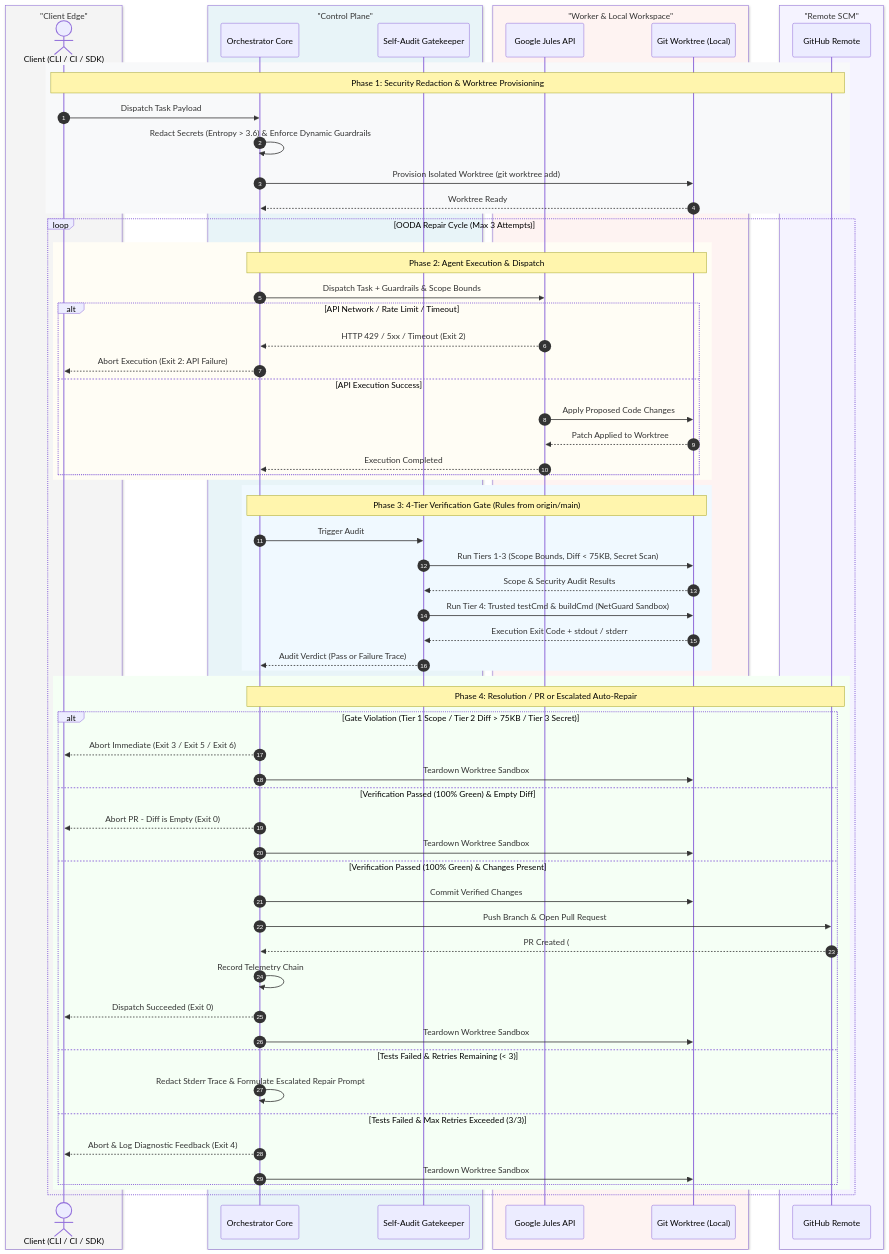
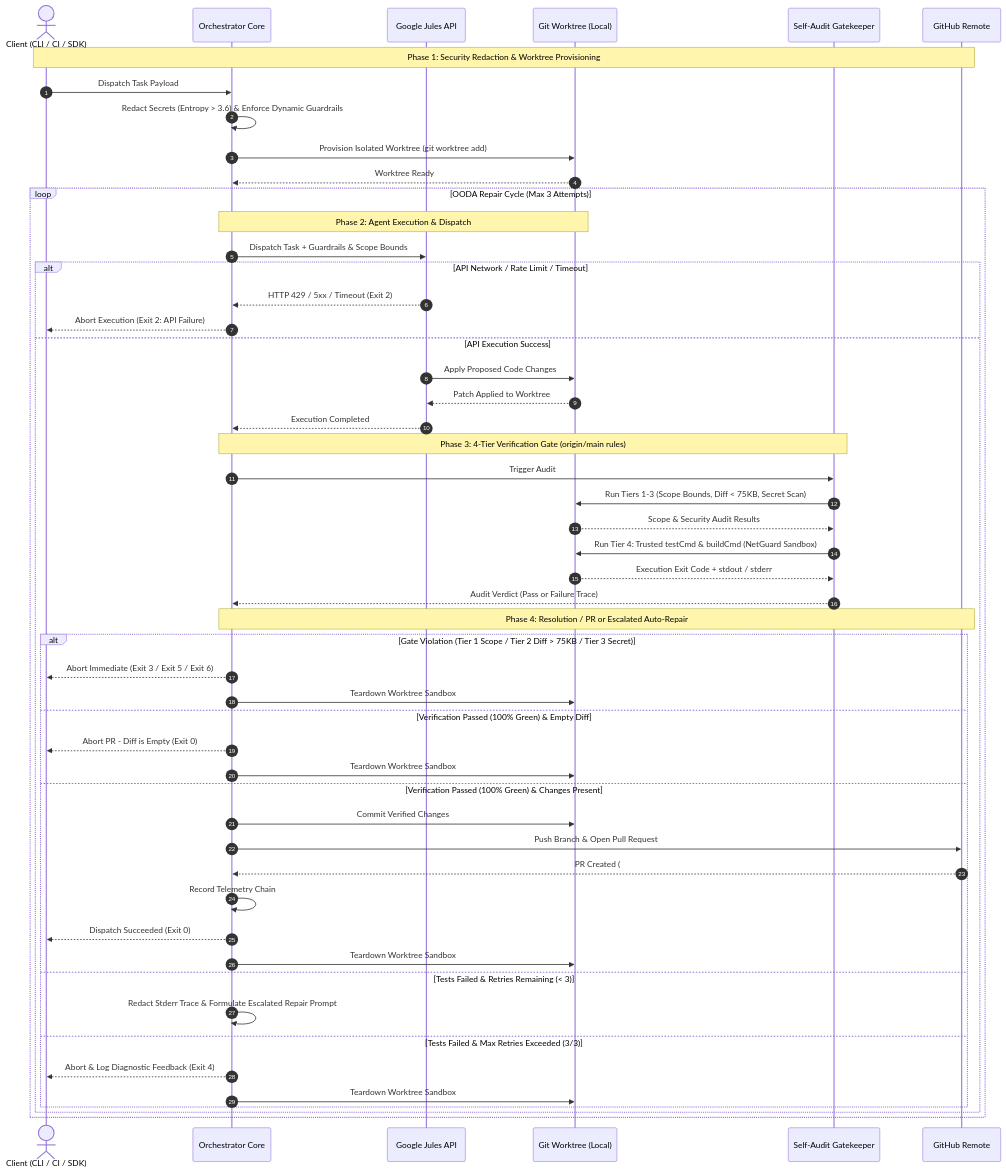
One commit to FullThrottle83/jules-orchestrator-kit changed the diagram in docs/architecture.md. Above: the diagram before and after it, drawn with Mermaid.

Commit message:
fix(docs): strip hardcoded RGB fills in sequence diagram for dark mode contrast

````diff
--- a/docs/architecture.md
+++ b/docs/architecture.md
@@ -9,81 +9,60 @@
 ```mermaid
 sequenceDiagram
     autonumber
     
-    box rgb(244,244,244) "Client Edge"
-        actor Trigger as Client (CLI / CI / SDK)
-    end
-    
-    box rgb(232,244,248) "Control Plane"
-        participant Orc as Orchestrator Core
-        participant Gate as Self-Audit Gatekeeper
-    end
-    
-    box rgb(254,243,242) "Worker & Local Workspace"
-        participant API as Google Jules API
-        participant Tree as Git Worktree (Local)
-    end
+    actor Trigger as Client (CLI / CI / SDK)
+    participant Orc as Orchestrator Core
+    participant API as Google Jules API
+    participant Tree as Git Worktree (Local)
+    participant Gate as Self-Audit Gatekeeper
+    participant Remote as GitHub Remote
 
-    box rgb(245,243,255) "Remote SCM"
-        participant Remote as GitHub Remote
-    end
-
-    %% Phase 1: Security & Provisioning
-    rect rgb(248, 249, 250)
     note over Trigger,Remote: Phase 1: Security Redaction & Worktree Provisioning
     Trigger->>Orc: Dispatch Task Payload
     Orc->>Orc: Redact Secrets (Entropy > 3.6) & Enforce Dynamic Guardrails
     Orc->>Tree: Provision Isolated Worktree (git worktree add)
     Tree-->>Orc: Worktree Ready
-    end
 
-    %% Phase 2-4: OODA Repair Cycle
     loop OODA Repair Cycle (Max 3 Attempts)
-        rect rgb(255, 253, 245)
         note over Orc,Tree: Phase 2: Agent Execution & Dispatch
         Orc->>API: Dispatch Task + Guardrails & Scope Bounds
         
         alt API Network / Rate Limit / Timeout
             API-->>Orc: HTTP 429 / 5xx / Timeout (Exit 2)
             Orc-->>Trigger: Abort Execution (Exit 2: API Failure)
         else API Execution Success
             API->>Tree: Apply Proposed Code Changes
             Tree-->>API: Patch Applied to Worktree
             API-->>Orc: Execution Completed
-        end
-        end
+            
+            note over Orc,Gate: Phase 3: 4-Tier Verification Gate (origin/main rules)
+            Orc->>Gate: Trigger Audit
+            Gate->>Tree: Run Tiers 1-3 (Scope Bounds, Diff < 75KB, Secret Scan)
+            Tree-->>Gate: Scope & Security Audit Results
+            Gate->>Tree: Run Tier 4: Trusted testCmd & buildCmd (NetGuard Sandbox)
+            Tree-->>Gate: Execution Exit Code + stdout / stderr
+            Gate-->>Orc: Audit Verdict (Pass or Failure Trace)
 
-        rect rgb(240, 249, 255)
-        note over Orc,Tree: Phase 3: 4-Tier Verification Gate (Rules from origin/main)
-        Orc->>Gate: Trigger Audit
-        Gate->>Tree: Run Tiers 1-3 (Scope Bounds, Diff < 75KB, Secret Scan)
-        Tree-->>Gate: Scope & Security Audit Results
-        Gate->>Tree: Run Tier 4: Trusted testCmd & buildCmd (NetGuard Sandbox)
-        Tree-->>Gate: Execution Exit Code + stdout / stderr
-        Gate-->>Orc: Audit Verdict (Pass or Failure Trace)
-        end
-
-        rect rgb(245, 255, 245)
-        note over Orc,Remote: Phase 4: Resolution / PR or Escalated Auto-Repair
-        alt Gate Violation (Tier 1 Scope / Tier 2 Diff > 75KB / Tier 3 Secret)
-            Orc-->>Trigger: Abort Immediate (Exit 3 / Exit 5 / Exit 6)
-            Orc->>Tree: Teardown Worktree Sandbox
-        else Verification Passed (100% Green) & Empty Diff
-            Orc-->>Trigger: Abort PR - Diff is Empty (Exit 0)
-            Orc->>Tree: Teardown Worktree Sandbox
-        else Verification Passed (100% Green) & Changes Present
-            Orc->>Tree: Commit Verified Changes
-            Orc->>Remote: Push Branch & Open Pull Request
-            Remote-->>Orc: PR Created (#123)
-            Orc->>Orc: Record Telemetry Chain
-            Orc-->>Trigger: Dispatch Succeeded (Exit 0)
-            Orc->>Tree: Teardown Worktree Sandbox
-        else Tests Failed & Retries Remaining (< 3)
-            Orc->>Orc: Redact Stderr Trace & Formulate Escalated Repair Prompt
-        else Tests Failed & Max Retries Exceeded (3/3)
-            Orc-->>Trigger: Abort & Log Diagnostic Feedback (Exit 4)
-            Orc->>Tree: Teardown Worktree Sandbox
-        end
+            note over Orc,Remote: Phase 4: Resolution / PR or Escalated Auto-Repair
+            alt Gate Violation (Tier 1 Scope / Tier 2 Diff > 75KB / Tier 3 Secret)
+                Orc-->>Trigger: Abort Immediate (Exit 3 / Exit 5 / Exit 6)
+                Orc->>Tree: Teardown Worktree Sandbox
+            else Verification Passed (100% Green) & Empty Diff
+                Orc-->>Trigger: Abort PR - Diff is Empty (Exit 0)
+                Orc->>Tree: Teardown Worktree Sandbox
+            else Verification Passed (100% Green) & Changes Present
+                Orc->>Tree: Commit Verified Changes
+                Orc->>Remote: Push Branch & Open Pull Request
+                Remote-->>Orc: PR Created (#123)
+                Orc->>Orc: Record Telemetry Chain
+                Orc-->>Trigger: Dispatch Succeeded (Exit 0)
+                Orc->>Tree: Teardown Worktree Sandbox
+            else Tests Failed & Retries Remaining (< 3)
+                Orc->>Orc: Redact Stderr Trace & Formulate Escalated Repair Prompt
+            else Tests Failed & Max Retries Exceeded (3/3)
+                Orc-->>Trigger: Abort & Log Diagnostic Feedback (Exit 4)
+                Orc->>Tree: Teardown Worktree Sandbox
+            end
         end
     end
 ```
````
